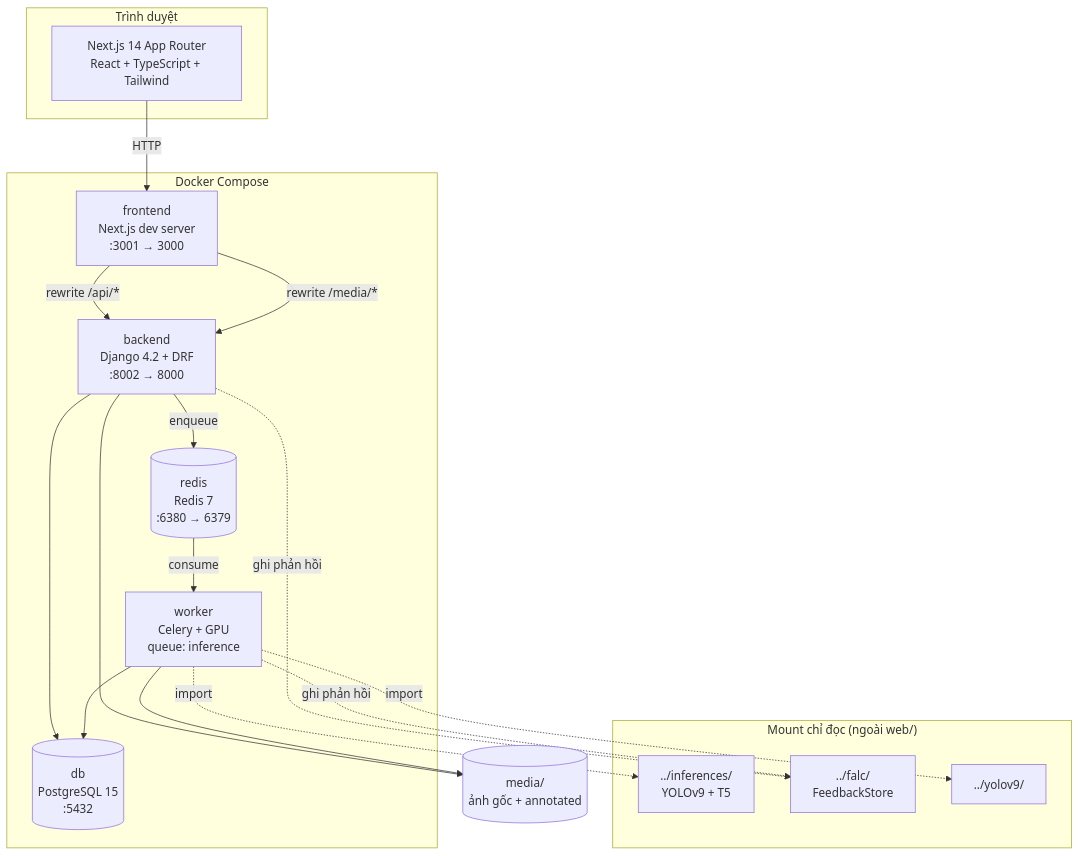
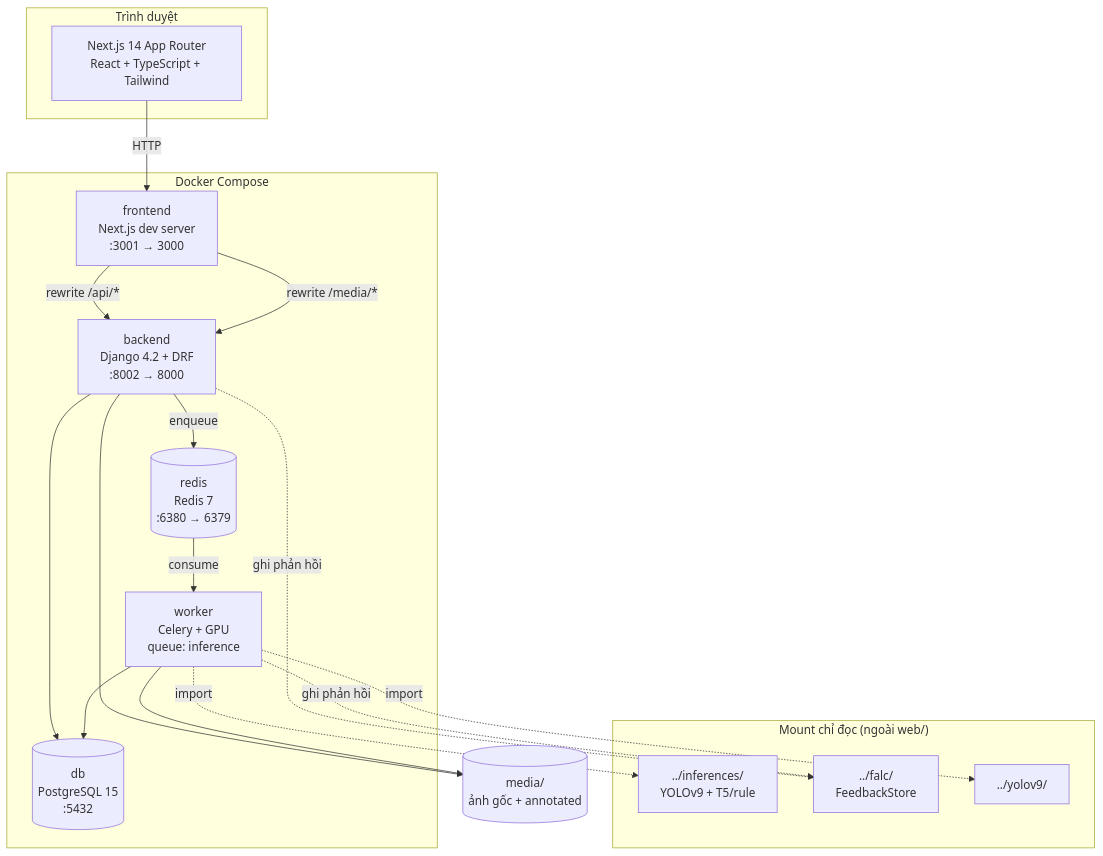
One commit to tucpd0312-vnu/dentAI changed the first of 8 diagrams in web/docs/SYSTEM_DESIGN.md. Above: the diagram before and after it, drawn with Mermaid. The commit also changed other lines of this file and 10 other files, not shown here.

````diff
--- a/web/docs/SYSTEM_DESIGN.md
+++ b/web/docs/SYSTEM_DESIGN.md
@@ -68,36 +68,36 @@
 ```mermaid
 graph TB
     subgraph client["Trình duyệt"]
         UI["Next.js 14 App Router<br/>React + TypeScript + Tailwind"]
     end
 
     subgraph docker["Docker Compose"]
         FE["frontend<br/>Next.js dev server<br/>:3001 → 3000"]
         BE["backend<br/>Django 4.2 + DRF<br/>:8002 → 8000"]
         WK["worker<br/>Celery + GPU<br/>queue: inference"]
         DB[("db<br/>PostgreSQL 15<br/>:5432")]
         RD[("redis<br/>Redis 7<br/>:6380 → 6379")]
     end
 
     subgraph ro["Mount chỉ đọc (ngoài web/)"]
-        INF["../inferences/<br/>YOLOv9 + T5"]
+        INF["../inferences/<br/>YOLOv9 + T5/rule"]
         FALC["../falc/<br/>FeedbackStore"]
         YOLO["../yolov9/"]
     end
 
     MEDIA[("media/<br/>ảnh gốc + annotated")]
 
     UI -->|HTTP| FE
     FE -->|rewrite /api/*| BE
     FE -->|rewrite /media/*| BE
     BE --> DB
     BE -->|enqueue| RD
     RD -->|consume| WK
     WK --> DB
     WK -.->|import| INF
     WK -.->|import| YOLO
     BE -.->|ghi phản hồi| FALC
     WK -.->|ghi phản hồi| FALC
     BE --> MEDIA
     WK --> MEDIA
 ```
````
